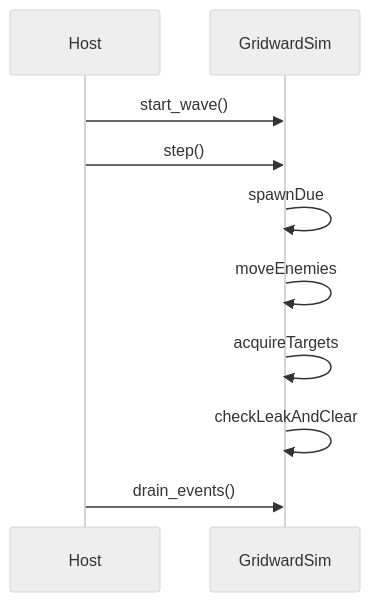
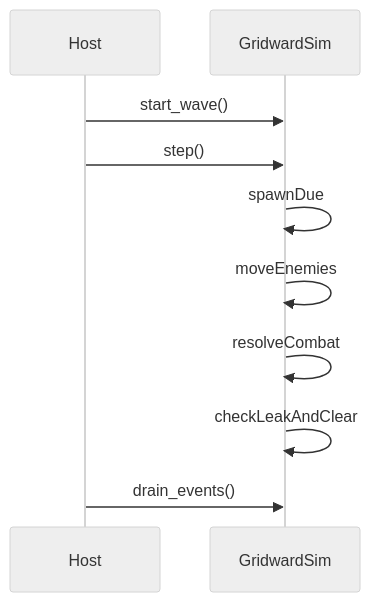
The third of 3 diagrams in games/gridward/docs/explanation/flow.md (kblaszki/godot-game), drawn with Mermaid (neutral theme) before and after one commit. The commit also changed other lines of this file and 7 other files, not shown here.

````diff
--- a/games/gridward/docs/explanation/flow.md
+++ b/games/gridward/docs/explanation/flow.md
@@ -54,12 +54,12 @@
 ```mermaid
 sequenceDiagram
   participant Host
   participant Sim as GridwardSim
   Host->>Sim: start_wave()
   Host->>Sim: step()
   Sim->>Sim: spawnDue
   Sim->>Sim: moveEnemies
-  Sim->>Sim: acquireTargets
+  Sim->>Sim: resolveCombat
   Sim->>Sim: checkLeakAndClear
   Host->>Sim: drain_events()
 ```
````
